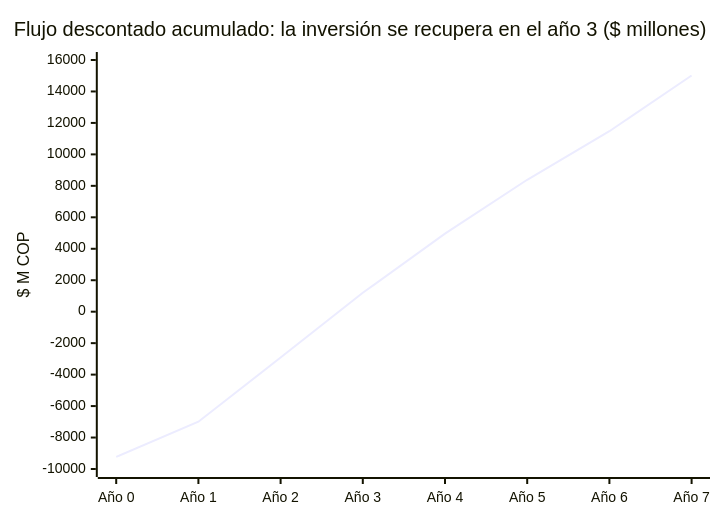
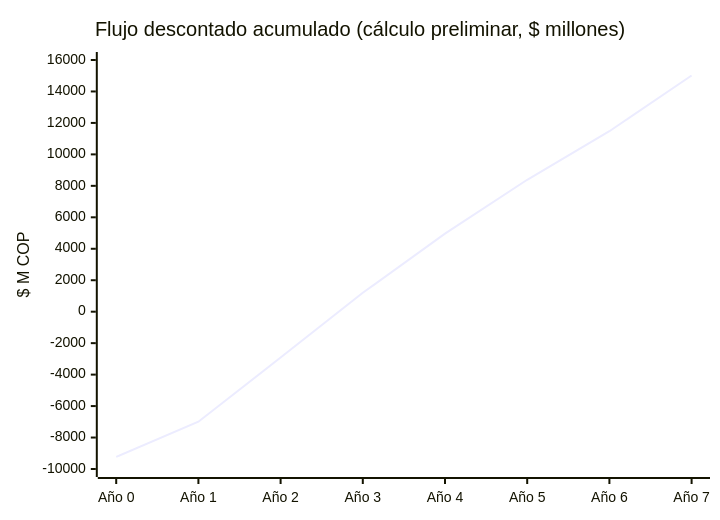
One commit to kuajoautomation/Kuajo-Automation---APM changed the eighth of 8 diagrams in README.md. Above: the diagram before and after it, drawn with Mermaid. The commit also changed other lines of this file and 34 other files, not shown here.

````diff
--- a/README.md
+++ b/README.md
@@ -448,7 +458,7 @@
 ```mermaid
 xychart-beta
-    title "Flujo descontado acumulado: la inversión se recupera en el año 3 ($ millones)"
+    title "Flujo descontado acumulado (cálculo preliminar, $ millones)"
     x-axis ["Año 0", "Año 1", "Año 2", "Año 3", "Año 4", "Año 5", "Año 6", "Año 7"]
     y-axis "$ M COP" -10000 --> 16000
     line [-9227, -6993, -2916, 1201, 4958, 8386, 11472, 15014]
 ```
````
